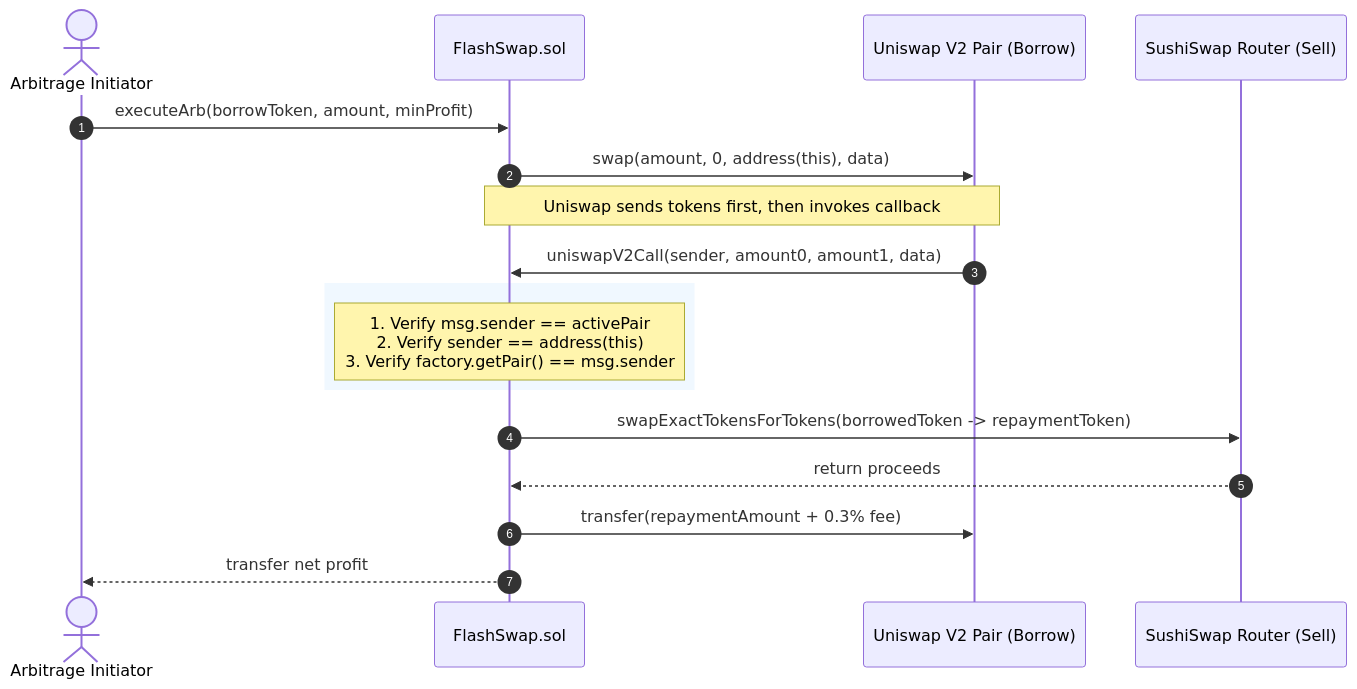
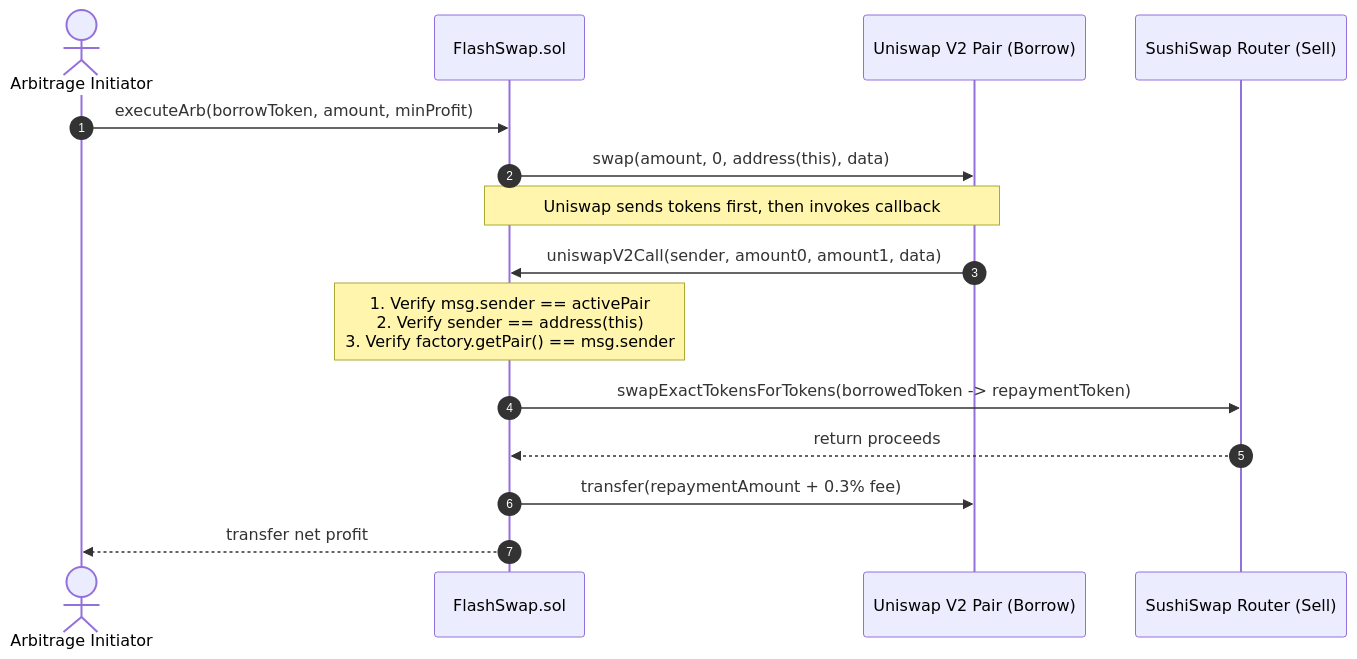
One commit to Jash-Bohare/Zapline changed the fourth of 4 diagrams in README.md. Above: the diagram before and after it, drawn with Mermaid. The commit also changed other lines of this file, not shown here.

Commit message:
docs: fix Mermaid syntax, simplify deployment table to BaseScan only, and adopt neutral solo developer voice

````diff
--- a/README.md
+++ b/README.md
@@ -174,22 +173,20 @@
 ```mermaid
 sequenceDiagram
     autonumber
     actor Bot as Arbitrage Initiator
     participant Arb as FlashSwap.sol
     participant UniPair as Uniswap V2 Pair (Borrow)
     participant SushiRouter as SushiSwap Router (Sell)
 
     Bot->>Arb: executeArb(borrowToken, amount, minProfit)
     Arb->>UniPair: swap(amount, 0, address(this), data)
     Note over UniPair,Arb: Uniswap sends tokens first, then invokes callback
     UniPair->>Arb: uniswapV2Call(sender, amount0, amount1, data)
     
-    rect rgb(240, 248, 255)
     Note over Arb: 1. Verify msg.sender == activePair<br/>2. Verify sender == address(this)<br/>3. Verify factory.getPair() == msg.sender
-    end
 
     Arb->>SushiRouter: swapExactTokensForTokens(borrowedToken -> repaymentToken)
     SushiRouter-->>Arb: return proceeds
     Arb->>UniPair: transfer(repaymentAmount + 0.3% fee)
     Arb-->>Bot: transfer net profit
 ```
````
